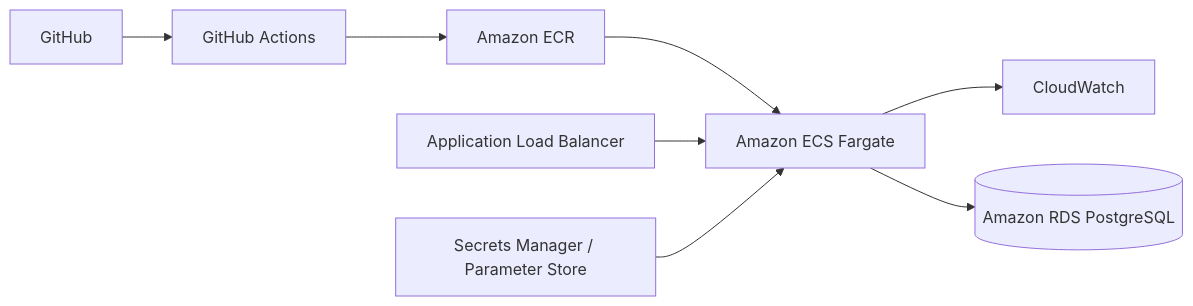
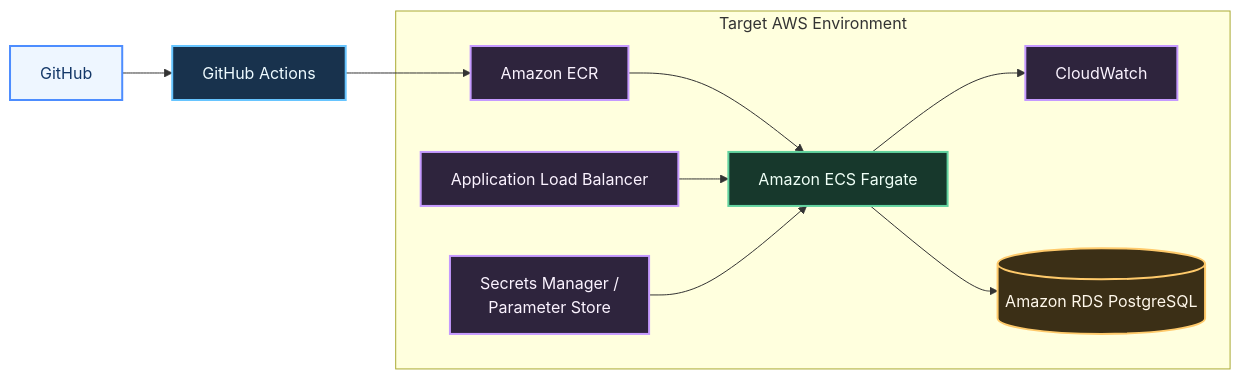
One commit to swapnil-a-p/devops-with-django changed the diagram in docs/aws-deployment.md. Above: the diagram before and after it, drawn with Mermaid. The commit also changed 1 other file, not shown here.

Commit message:
Color-grade deployment architecture diagrams

````diff
--- a/docs/aws-deployment.md
+++ b/docs/aws-deployment.md
@@ -16,19 +16,34 @@
 ```mermaid
 flowchart LR
+    classDef source fill:#eef6ff,stroke:#4d8dff,color:#133768,stroke-width:2px;
+    classDef pipeline fill:#18324d,stroke:#67c5ff,color:#eefbff,stroke-width:2px;
+    classDef runtime fill:#17382c,stroke:#63d3a0,color:#effff7,stroke-width:2px;
+    classDef infra fill:#2e243d,stroke:#c59aff,color:#fbf3ff,stroke-width:2px;
+    classDef data fill:#3b2f16,stroke:#ffca6b,color:#fff8eb,stroke-width:2px;
+
     GH[GitHub]
     ACT[GitHub Actions]
-    ECR[Amazon ECR]
-    ALB[Application Load Balancer]
-    ECS[Amazon ECS Fargate]
-    CW[CloudWatch]
-    SEC[Secrets Manager / Parameter Store]
-    RDS[(Amazon RDS PostgreSQL)]
+
+    subgraph AWS[Target AWS Environment]
+        ECR[Amazon ECR]
+        ALB[Application Load Balancer]
+        ECS[Amazon ECS Fargate]
+        CW[CloudWatch]
+        SEC[Secrets Manager /<br/>Parameter Store]
+        RDS[(Amazon RDS PostgreSQL)]
+    end
 
     GH --> ACT
     ACT --> ECR
     ECR --> ECS
     ALB --> ECS
     ECS --> CW
     SEC --> ECS
     ECS --> RDS
+
+    class GH source;
+    class ACT pipeline;
+    class ECS runtime;
+    class ECR,ALB,CW,SEC infra;
+    class RDS data;
 ```
````
